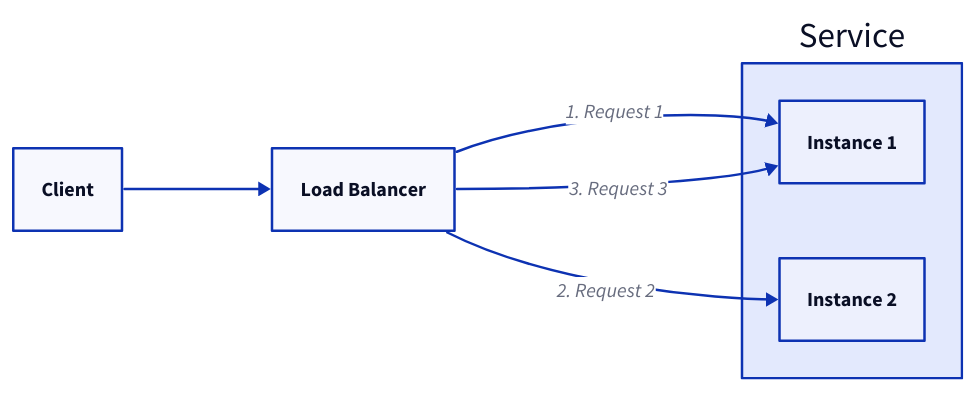
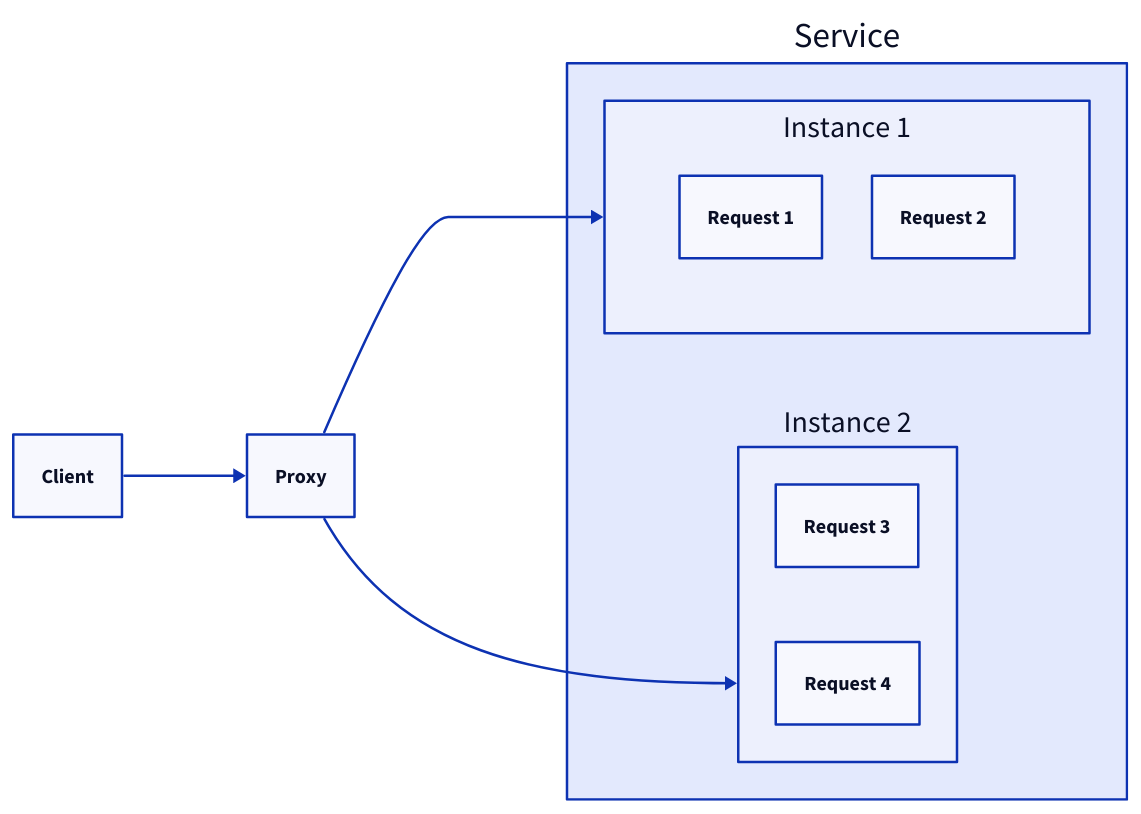
The third of 20 diagrams in content/docs/web-service/load-balancer.md (link1905/system-design-101), drawn with D2 before and after one commit. The commit also changed other lines of this file and 10 other files, not shown here.

````diff
--- a/content/docs/web-service/load-balancer.md
+++ b/content/docs/web-service/load-balancer.md
@@ -83,21 +85,31 @@
 ```d2
 direction: right
-s: Service {
-  s1: Instance 1 {
-    class: server
-  }
-  s2: Instance 2 {
-    class: server
-  }
-}
-lb: Load Balancer {
-  class: lb
-}
 c: Client {
   class: client
 }
-c -> lb
-lb -> s.s1: 1. Request 1
-lb -> s.s2: 2. Request 2
-lb -> s.s1: 3. Request 3
+p: Proxy {
+  class: lb
+}
+s: Service {
+  s1: Instance 1 {
+    grid-rows: 1
+    r1: Request 1 {
+      class: request
+    }
+    r2: Request 2 {
+      class: request
+    }
+  }
+  s2: Instance 2 {
+    r3: Request 3 {
+      class: request
+    }
+    r4: Request 4 {
+      class: request
+    }
+  }
+}
+c -> p
+p -> s.s1
+p -> s.s2
 ```
````
